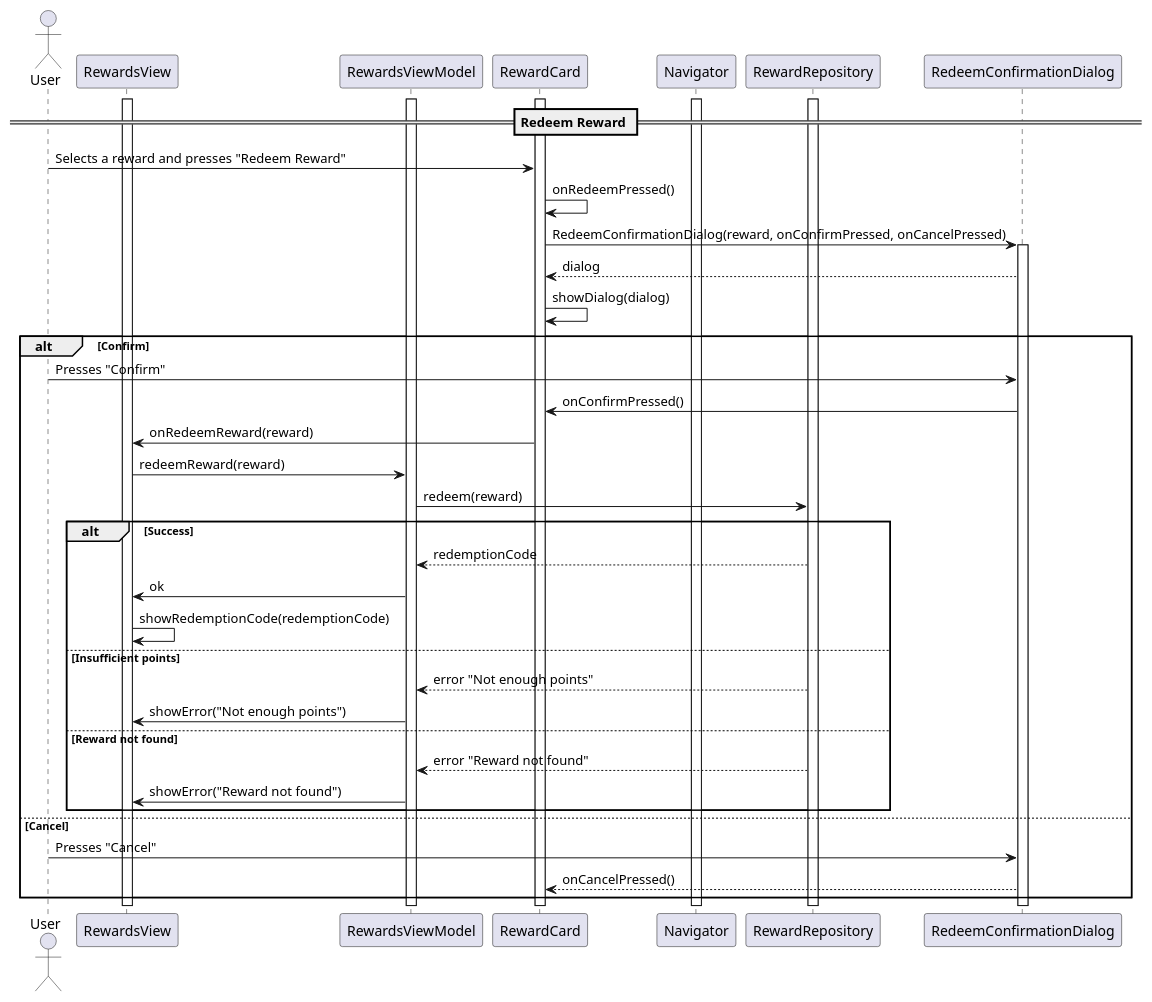
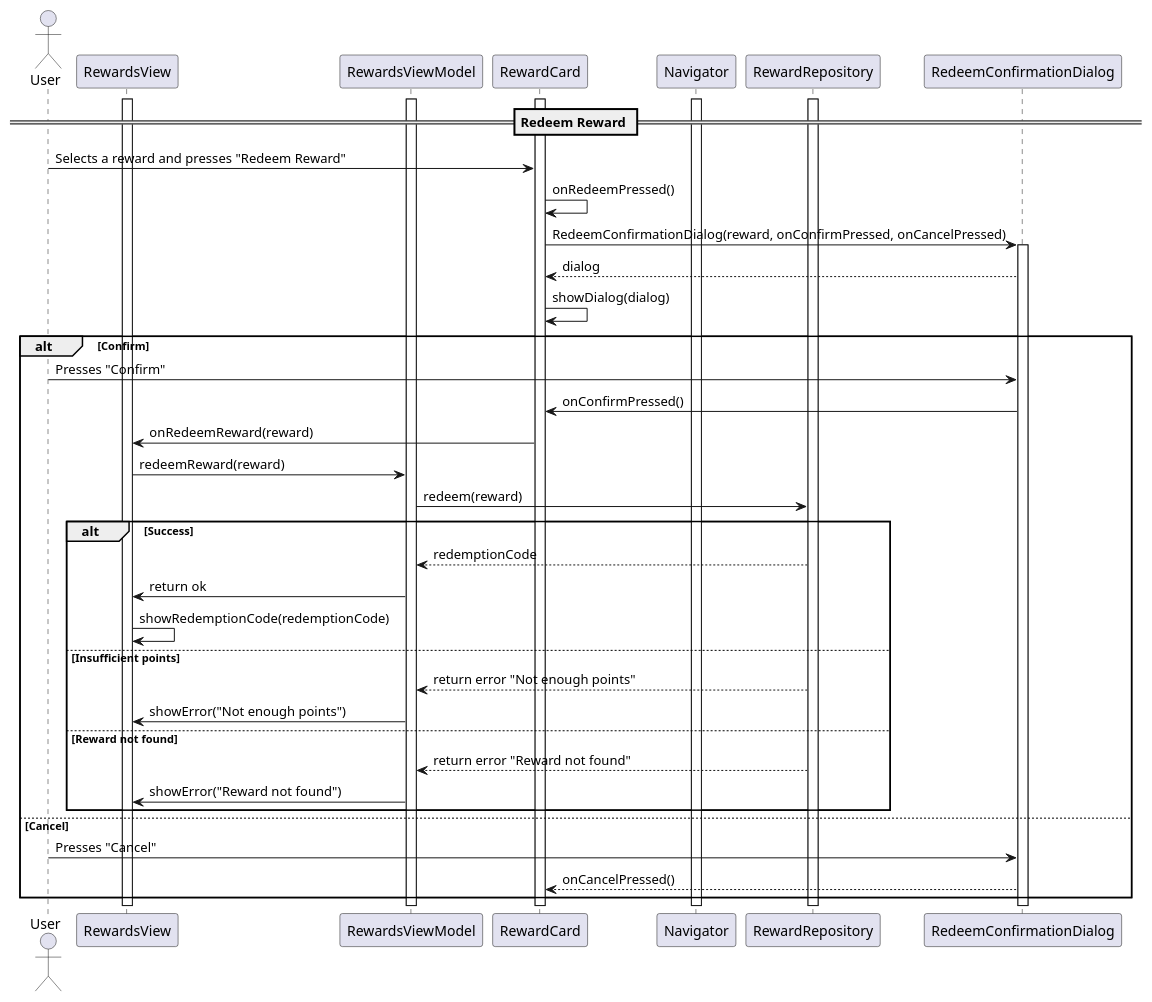
The diagram in reports/sequence/redeem-reward.plantuml (YannisRavasopoulos/ProjectSD_S6), drawn with PlantUML before and after one commit. The commit also changed 1 other file, not shown here.

Commit message:
Update sequence

```diff
--- a/reports/sequence/redeem-reward.plantuml
+++ b/reports/sequence/redeem-reward.plantuml
@@ -1,48 +1,48 @@
 @startuml
 
 actor User
 
 participant RewardsView
 participant RewardsViewModel
 participant RewardCard
 participant Navigator
 participant RewardRepository
 participant RedeemConfirmationDialog
 
 activate Navigator
 activate RewardsViewModel
 activate RewardRepository
 activate RewardsView
 activate RewardCard
 
 == Redeem Reward ==
 
 User -> RewardCard: Selects a reward and presses "Redeem Reward"
 RewardCard -> RewardCard: onRedeemPressed()
 RewardCard -> RedeemConfirmationDialog: RedeemConfirmationDialog(reward, onConfirmPressed, onCancelPressed)
 activate RedeemConfirmationDialog
 RedeemConfirmationDialog --> RewardCard: dialog
 RewardCard -> RewardCard: showDialog(dialog)
 alt Confirm
 User -> RedeemConfirmationDialog: Presses "Confirm"
 RedeemConfirmationDialog -> RewardCard: onConfirmPressed()
 RewardCard -> RewardsView: onRedeemReward(reward)
 RewardsView -> RewardsViewModel: redeemReward(reward)
 RewardsViewModel -> RewardRepository: redeem(reward)
 alt Success
     RewardRepository --> RewardsViewModel: redemptionCode
-    RewardsViewModel -> RewardsView: ok
+    RewardsViewModel -> RewardsView: return ok
     RewardsView -> RewardsView: showRedemptionCode(redemptionCode)
 else Insufficient points
-    RewardRepository --> RewardsViewModel: error "Not enough points"
+    RewardRepository --> RewardsViewModel: return error "Not enough points"
     RewardsViewModel -> RewardsView: showError("Not enough points")
 else Reward not found
-    RewardRepository --> RewardsViewModel: error "Reward not found"
+    RewardRepository --> RewardsViewModel: return error "Reward not found"
     RewardsViewModel -> RewardsView: showError("Reward not found")
 end
 else Cancel
 User -> RedeemConfirmationDialog: Presses "Cancel"
 RedeemConfirmationDialog --> RewardCard: onCancelPressed()
 end
 
 @enduml
```
